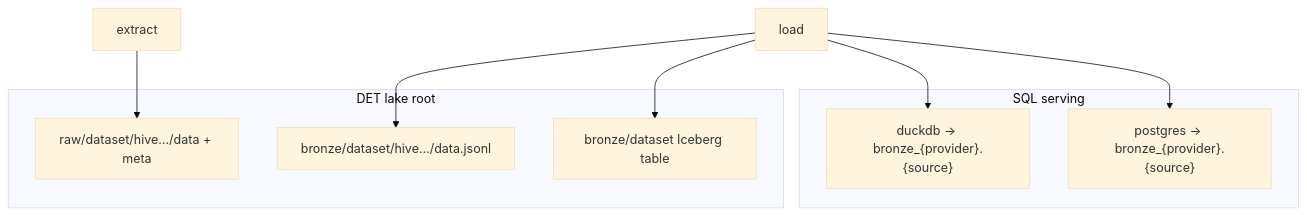
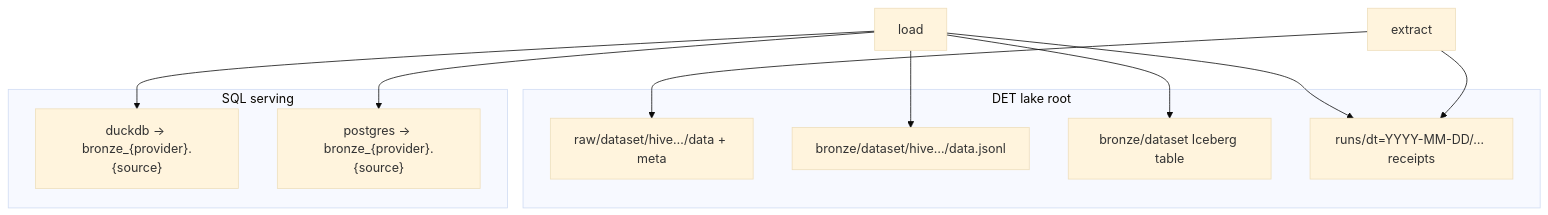
One commit to codekid/det changed the fourth of 8 diagrams in README.md. Above: the diagram before and after it, drawn with Mermaid (base theme). The commit also changed other lines of this file and 42 other files, not shown here.

First line of the commit message:
Record extract/load attempts as lake receipts and resolve secrets from env.

````diff
--- a/README.md
+++ b/README.md
@@ -162,19 +165,22 @@
 ```mermaid
 flowchart TB
   subgraph lake [DET lake root]
     rawFS["raw/dataset/hive…/data + meta"]
     bronzeFS["bronze/dataset/hive…/data.jsonl"]
     bronzeIce["bronze/dataset Iceberg table"]
+    runs["runs/dt=YYYY-MM-DD/… receipts"]
   end
 
   subgraph other [SQL serving]
     duck["duckdb → bronze_{provider}.{source}"]
     pg["postgres → bronze_{provider}.{source}"]
   end
 
   extract[extract] --> rawFS
   load[load] --> bronzeFS
   load --> bronzeIce
   load --> duck
   load --> pg
+  extract --> runs
+  load --> runs
 ```
````
